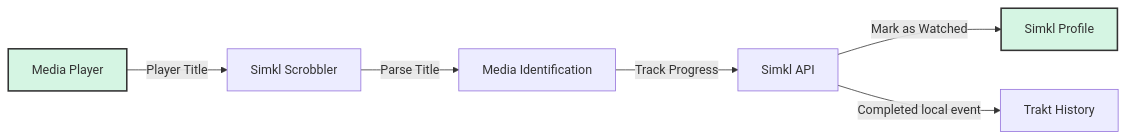
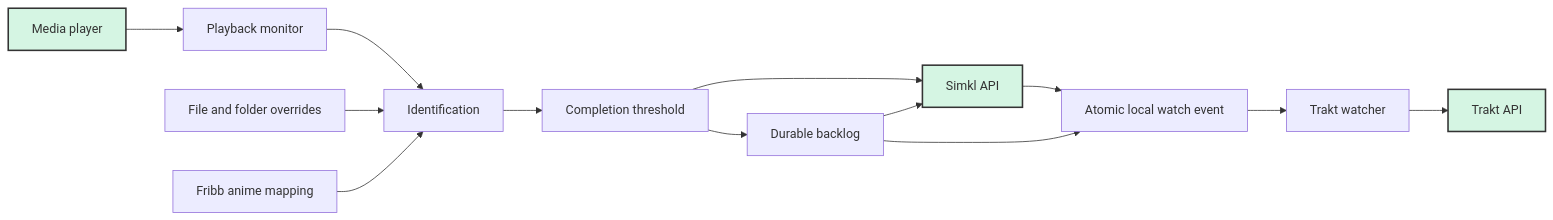
One commit to roko-tech/Media-Player-Scrobbler-for-Simkl changed the diagram in README.md. Above: the diagram before and after it, drawn with Mermaid. The commit also changed other lines of this file and 19 other files, not shown here.

Commit message:
fix: harden completed-watch delivery

````diff
--- a/README.md
+++ b/README.md
@@ -35,11 +35,19 @@
 ```mermaid
-graph LR
-    A[Media Player] -->|Player Title| B[Simkl Scrobbler]
-    B -->|Parse Title| C[Media Identification]
-    C -->|Track Progress| D[Simkl API]
-    D -->|Mark as Watched| E[Simkl Profile]
-    D -->|Completed local event| F[Trakt History]
-    
+flowchart LR
+    A["Media player"] --> B["Playback monitor"]
+    B --> C["Identification"]
+    O["File and folder overrides"] --> C
+    F["Fribb anime mapping"] --> C
+    C --> D["Completion threshold"]
+    D --> E["Simkl API"]
+    D --> Q["Durable backlog"]
+    Q --> E
+    E --> H["Atomic local watch event"]
+    Q --> H
+    H --> T["Trakt watcher"]
+    T --> R["Trakt API"]
+
     style A fill:#d5f5e3,stroke:#333,stroke-width:2px
     style E fill:#d5f5e3,stroke:#333,stroke-width:2px
+    style R fill:#d5f5e3,stroke:#333,stroke-width:2px
 ```
````
